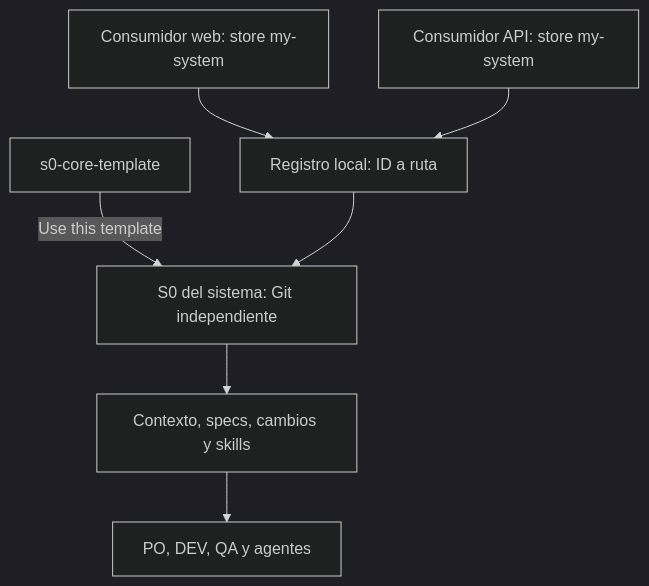
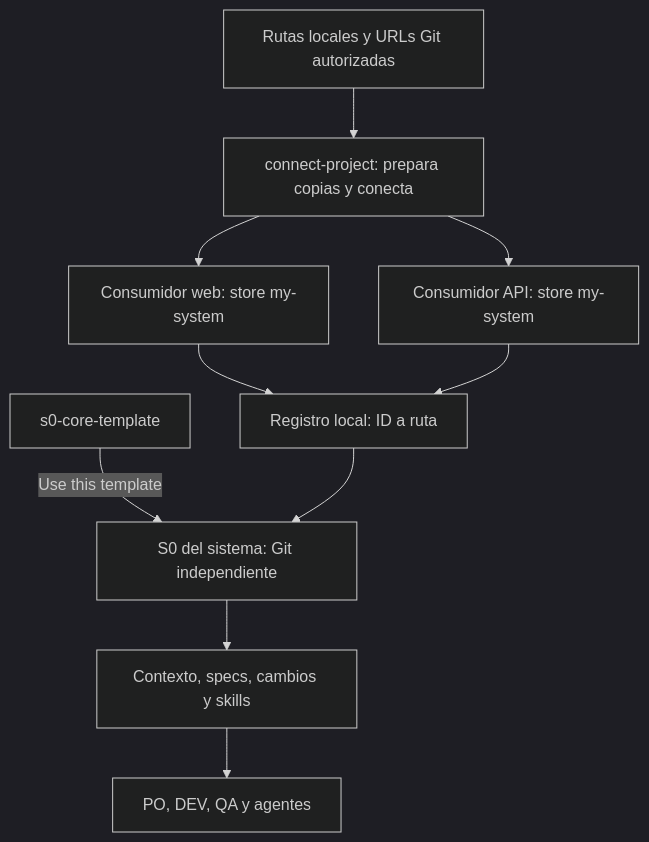
One commit to raal-nuam/s0-ssd-png-rrojas changed the diagram in CORE_OVERVIEW.md. Above: the diagram before and after it, drawn with Mermaid (dark theme). The commit also changed other lines of this file and 6 other files, not shown here.

Commit message:
feat: connect local and remote Git sources

````diff
--- a/CORE_OVERVIEW.md
+++ b/CORE_OVERVIEW.md
@@ -30,9 +30,12 @@
 ```mermaid
 flowchart TD
     T["s0-core-template"] -->|"Use this template"| S["S0 del sistema: Git independiente"]
     S --> C["Contexto, specs, cambios y skills"]
+    F["Rutas locales y URLs Git autorizadas"] --> CP["connect-project: prepara copias y conecta"]
+    CP --> W
+    CP --> A
     W["Consumidor web: store my-system"] --> R["Registro local: ID a ruta"]
     A["Consumidor API: store my-system"] --> R
     R --> S
     C --> P["PO, DEV, QA y agentes"]
 ```
````
